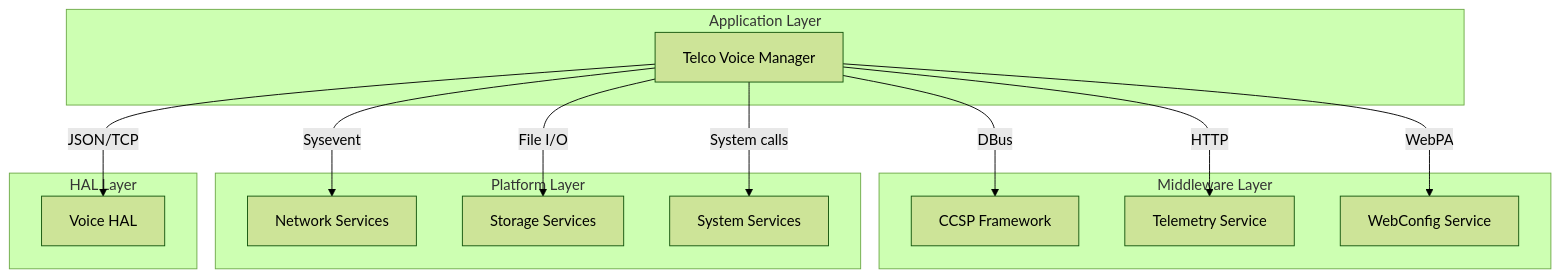
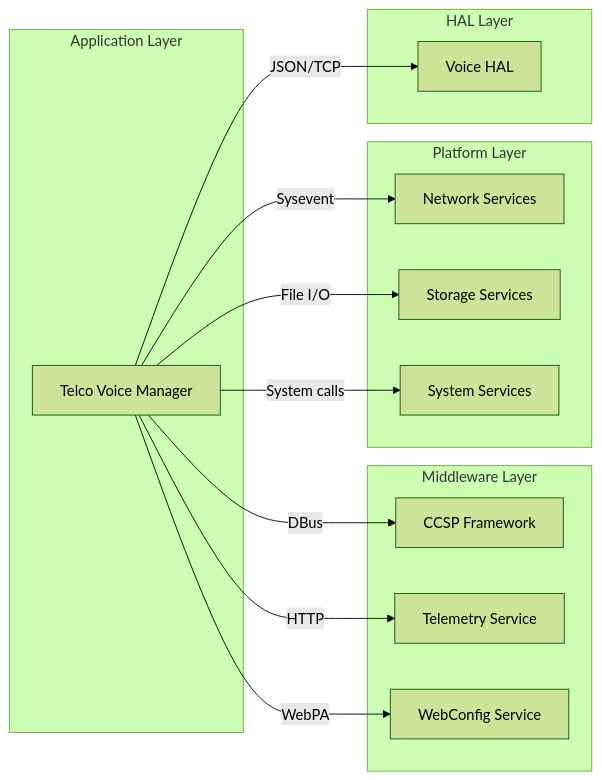
The sixth of 7 diagrams in docs/review/TelcoVoiceManager.md (rns21/RDK_Documentation), drawn with Mermaid (forest theme) before and after one commit. The commit also changed 2 other files, not shown here.

Commit message:
Updating markdown files to fix issues

````diff
--- a/docs/review/TelcoVoiceManager.md
+++ b/docs/review/TelcoVoiceManager.md
@@ -236,30 +236,30 @@
 ```mermaid
-graph TD
+graph LR
     subgraph ApplicationLayer ["Application Layer"]
         TelcoVoiceManager[Telco Voice Manager]
     end
     
     subgraph MiddlewareLayer ["Middleware Layer"]
         CCSPFramework[CCSP Framework]
         TelemetryService[Telemetry Service]
         WebConfigService[WebConfig Service]
     end
     
     subgraph PlatformLayer ["Platform Layer"]
         NetworkServices[Network Services]
         StorageServices[Storage Services]
         SystemServices[System Services]
     end
     
     subgraph HALLayer ["HAL Layer"]
         VoiceHAL[Voice HAL]
     end
     
     TelcoVoiceManager -->|DBus| CCSPFramework
     TelcoVoiceManager -->|HTTP| TelemetryService
     TelcoVoiceManager -->|WebPA| WebConfigService
     TelcoVoiceManager -->|Sysevent| NetworkServices
     TelcoVoiceManager -->|File I/O| StorageServices
     TelcoVoiceManager -->|System calls| SystemServices
     TelcoVoiceManager -->|JSON/TCP| VoiceHAL
 ```
````
